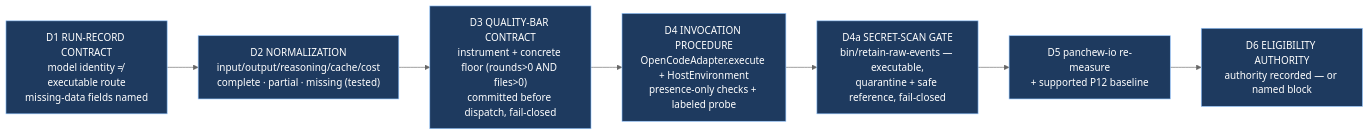
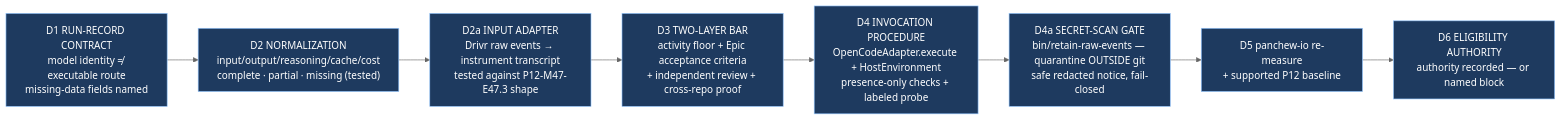
Before and after one commit to panchew/ai-project-system: the diagram in docs/phases/P13__Daily_Fleet_Operation_in_Drivr/P13-M48-E48.1__spec__operational-evidence-and-run-gate.md, drawn with Mermaid (neutral theme). The commit also changed other lines of this file and 1 other file, not shown here.

Commit message:
governance(P13-M48): E48.1 rework attempt 3 — two-layer bar (criteria+review), cross-repo proof, out-of-git quarantine, instrument input adapter, hosted visual link

````diff
--- a/docs/phases/P13__Daily_Fleet_Operation_in_Drivr/P13-M48-E48.1__spec__operational-evidence-and-run-gate.md
+++ b/docs/phases/P13__Daily_Fleet_Operation_in_Drivr/P13-M48-E48.1__spec__operational-evidence-and-run-gate.md
@@ -381,15 +425,16 @@
 ```mermaid
 flowchart LR
   CONTRACT["D1 RUN-RECORD CONTRACT<br/>model identity ≠ executable route<br/>missing-data fields named"]
   NORM["D2 NORMALIZATION<br/>input/output/reasoning/cache/cost<br/>complete · partial · missing (tested)"]
-  BAR["D3 QUALITY-BAR CONTRACT<br/>instrument + concrete floor (rounds&gt;0 AND files&gt;0)<br/>committed before dispatch, fail-closed"]
+  ADAPTER["D2a INPUT ADAPTER<br/>Drivr raw events → instrument transcript<br/>tested against P12-M47-E47.3 shape"]
+  BAR["D3 TWO-LAYER BAR<br/>activity floor + Epic acceptance criteria<br/>+ independent review + cross-repo proof"]
   INVOKE["D4 INVOCATION PROCEDURE<br/>OpenCodeAdapter.execute + HostEnvironment<br/>presence-only checks + labeled probe"]
-  SCAN["D4a SECRET-SCAN GATE<br/>bin/retain-raw-events — executable,<br/>quarantine + safe reference, fail-closed"]
+  SCAN["D4a SECRET-SCAN GATE<br/>bin/retain-raw-events — quarantine OUTSIDE git<br/>safe redacted notice, fail-closed"]
   BASELINE["D5 panchew-io re-measure<br/>+ supported P12 baseline"]
   ELIG["D6 ELIGIBILITY AUTHORITY<br/>authority recorded — or named block"]
 
-  CONTRACT --> NORM --> BAR --> INVOKE --> SCAN --> BASELINE --> ELIG
+  CONTRACT --> NORM --> ADAPTER --> BAR --> INVOKE --> SCAN --> BASELINE --> ELIG
 
   classDef a fill:#1e3a5f,stroke:#93c5fd,color:#fff
-  class CONTRACT,NORM,BAR,INVOKE,SCAN,BASELINE,ELIG a
+  class CONTRACT,NORM,ADAPTER,BAR,INVOKE,SCAN,BASELINE,ELIG a
 ```
````
